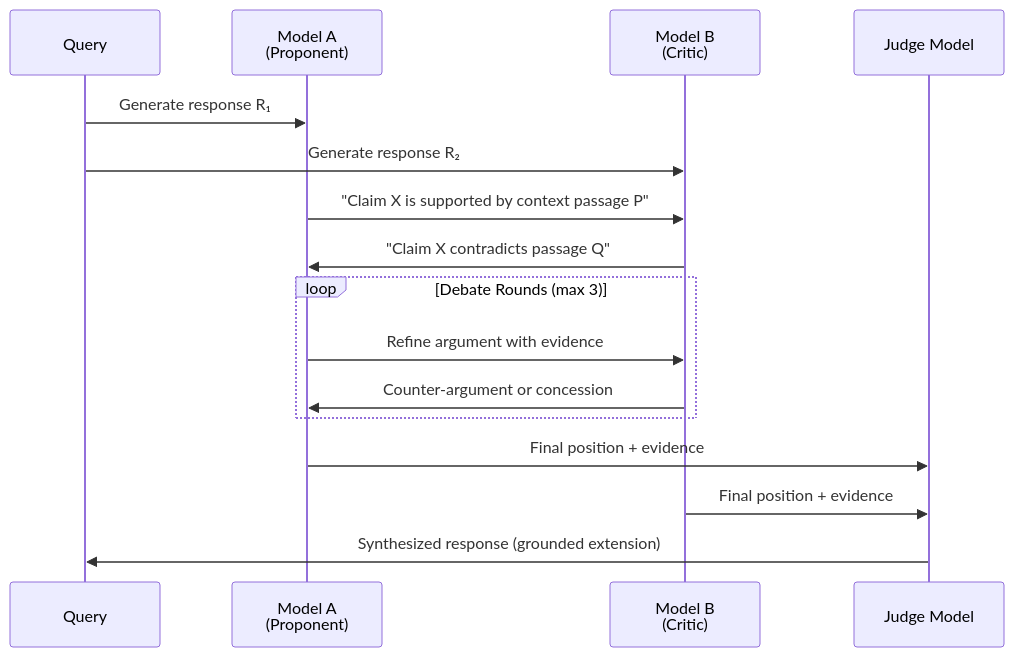
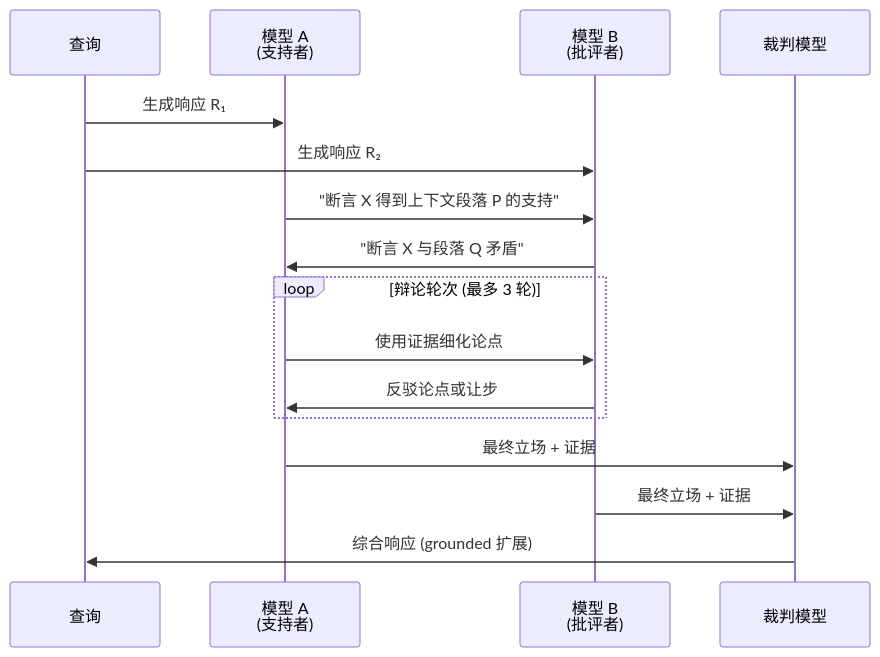
Before and after one commit to vllm-project/semantic-router: the fifth of 7 diagrams in website/i18n/zh-Hans/docusaurus-plugin-content-docs/version-v0.1/proposals/hallucination-mitigation-milestone.md, drawn with Mermaid. The commit also changed other lines of this file and 7 other files, not shown here.

````diff
--- a/website/i18n/zh-Hans/docusaurus-plugin-content-docs/version-v0.1/proposals/hallucination-mitigation-milestone.md
+++ b/website/i18n/zh-Hans/docusaurus-plugin-content-docs/version-v0.1/proposals/hallucination-mitigation-milestone.md
@@ -504,22 +504,22 @@
 ```mermaid
 sequenceDiagram
-    participant Q as Query
-    participant M1 as Model A<br/>(Proponent)
-    participant M2 as Model B<br/>(Critic)
-    participant J as Judge Model
+    participant Q as 查询
+    participant M1 as 模型 A<br/>(支持者)
+    participant M2 as 模型 B<br/>(批评者)
+    participant J as 裁判模型
 
-    Q->>M1: Generate response R₁
-    Q->>M2: Generate response R₂
+    Q->>M1: 生成响应 R₁
+    Q->>M2: 生成响应 R₂
 
-    M1->>M2: "Claim X is supported by context passage P"
-    M2->>M1: "Claim X contradicts passage Q"
+    M1->>M2: "断言 X 得到上下文段落 P 的支持"
+    M2->>M1: "断言 X 与段落 Q 矛盾"
 
-    loop Debate Rounds (max 3)
-        M1->>M2: Refine argument with evidence
-        M2->>M1: Counter-argument or concession
+    loop 辩论轮次 (最多 3 轮)
+        M1->>M2: 使用证据细化论点
+        M2->>M1: 反驳论点或让步
     end
 
-    M1->>J: Final position + evidence
-    M2->>J: Final position + evidence
-    J->>Q: Synthesized response (grounded extension)
+    M1->>J: 最终立场 + 证据
+    M2->>J: 最终立场 + 证据
+    J->>Q: 综合响应 (grounded 扩展)
 ```
````
